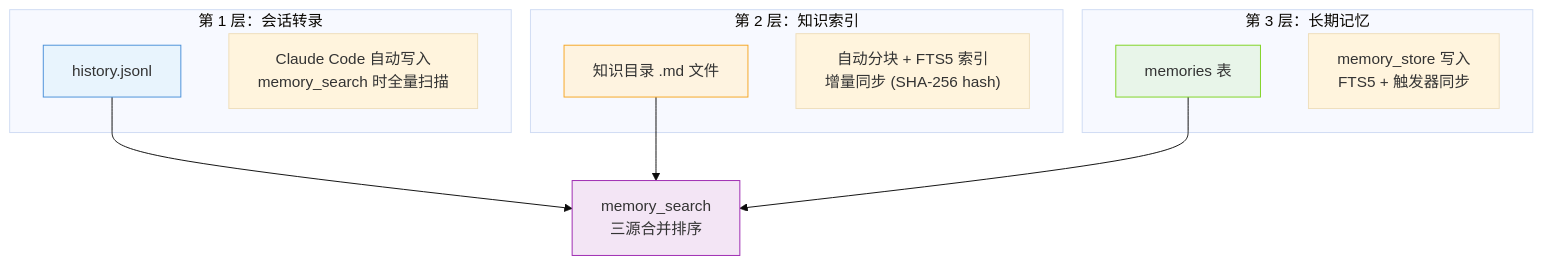
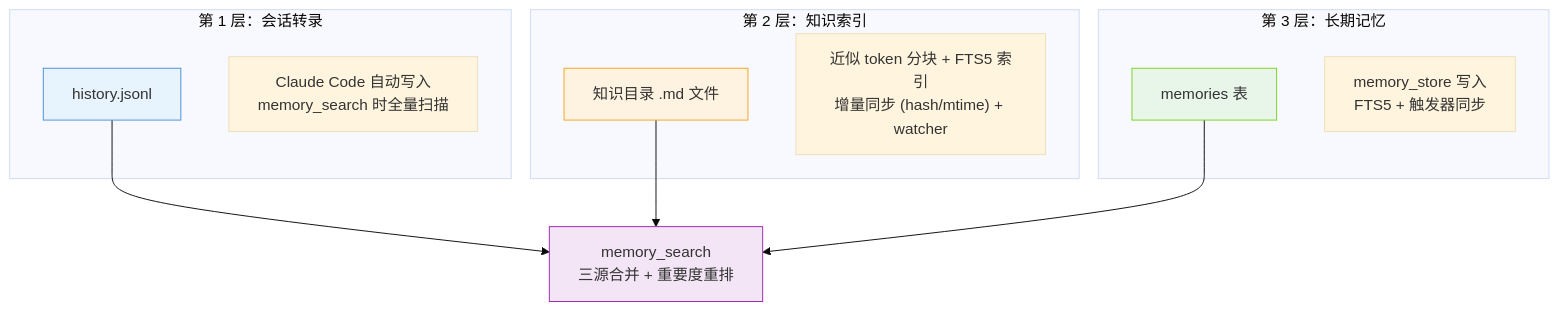
Before and after one commit to lchaoer/claudecode-oepnclaw-mem: the tenth of 10 diagrams in ARCHITECTURE.md, drawn with Mermaid (base theme). The commit also changed other lines of this file and 4 other files, not shown here.

````diff
--- a/ARCHITECTURE.md
+++ b/ARCHITECTURE.md
@@ -270,26 +348,26 @@
 ```mermaid
 graph TD
     subgraph "第 1 层：会话转录"
         L1["history.jsonl"]
         L1D["Claude Code 自动写入<br/>memory_search 时全量扫描"]
     end
 
     subgraph "第 2 层：知识索引"
         L2["知识目录 .md 文件"]
-        L2D["自动分块 + FTS5 索引<br/>增量同步 (SHA-256 hash)"]
+        L2D["近似 token 分块 + FTS5 索引<br/>增量同步 (hash/mtime) + watcher"]
     end
 
     subgraph "第 3 层：长期记忆"
         L3["memories 表"]
         L3D["memory_store 写入<br/>FTS5 + 触发器同步"]
     end
 
-    L1 --> SEARCH["memory_search<br/>三源合并排序"]
+    L1 --> SEARCH["memory_search<br/>三源合并 + 重要度重排"]
     L2 --> SEARCH
     L3 --> SEARCH
 
     style L1 fill:#e8f4fd,stroke:#4a90d9
     style L2 fill:#fef3e0,stroke:#f5a623
     style L3 fill:#e8f5e9,stroke:#7ed321
     style SEARCH fill:#f3e5f5,stroke:#9c27b0
 ```
````
